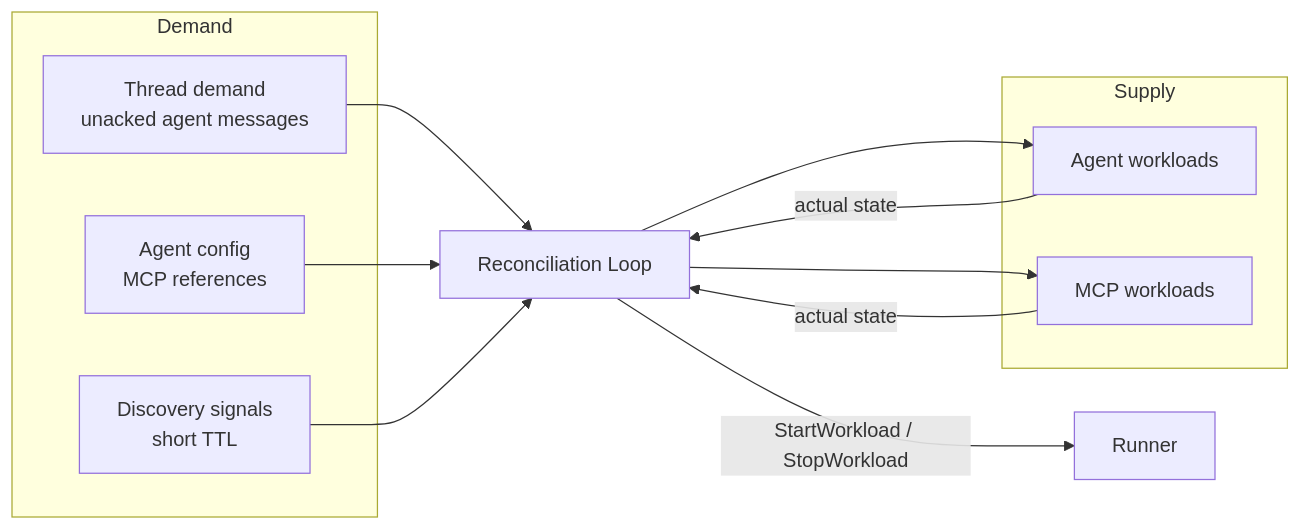
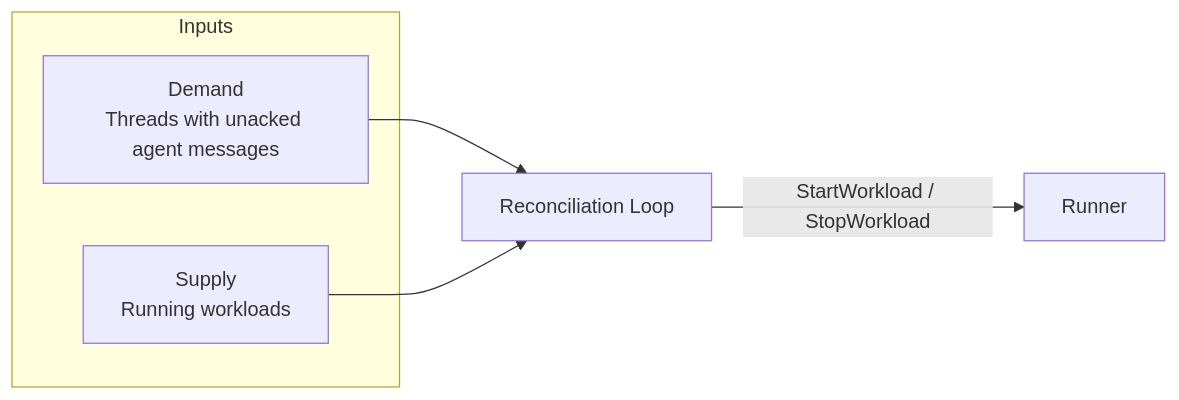
The first of 3 diagrams in architecture/orchestrator.md (agynio/architecture), drawn with Mermaid before and after one commit. The commit also changed other lines of this file and 11 other files, not shown here.

First line of the commit message:
MCP servers as sidecars, identity scoped to agentId+threadId

````diff
--- a/architecture/orchestrator.md
+++ b/architecture/orchestrator.md
@@ -64,24 +36,14 @@
 ```mermaid
 graph LR
-    subgraph Demand
-        TD[Thread demand<br/>unacked agent messages]
-        AC[Agent config<br/>MCP references]
-        DS[Discovery signals<br/>short TTL]
+    subgraph Inputs
+        Demand[Demand<br/>Threads with unacked agent messages]
+        Supply[Supply<br/>Running workloads]
     end
 
     Orch[Reconciliation Loop]
-
-    subgraph Supply
-        RA[Agent workloads]
-        RM[MCP workloads]
-    end
-
     Runner[Runner]
 
-    TD --> Orch
-    AC --> Orch
-    DS --> Orch
-    Orch --> RA & RM
-    RA & RM -->|actual state| Orch
+    Demand --> Orch
+    Supply --> Orch
     Orch -->|StartWorkload / StopWorkload| Runner
 ```
````
